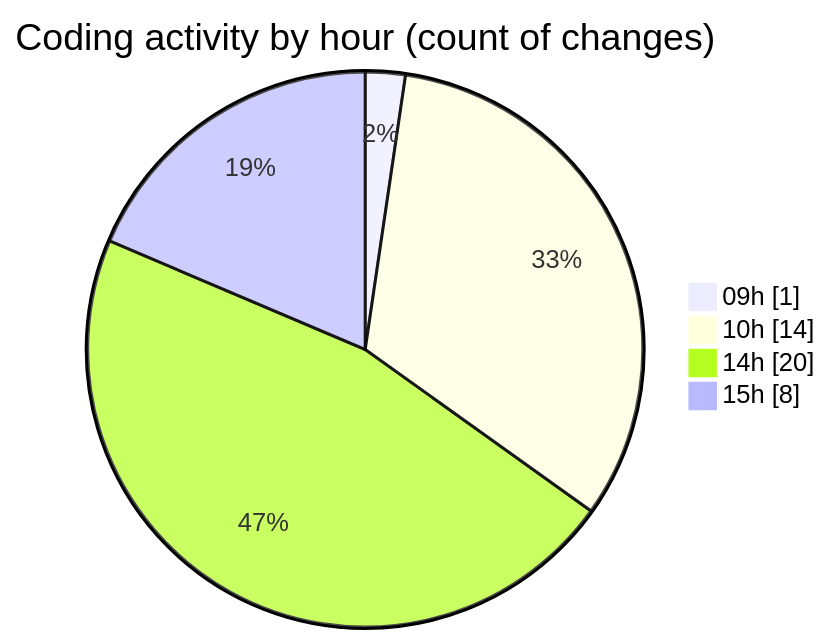
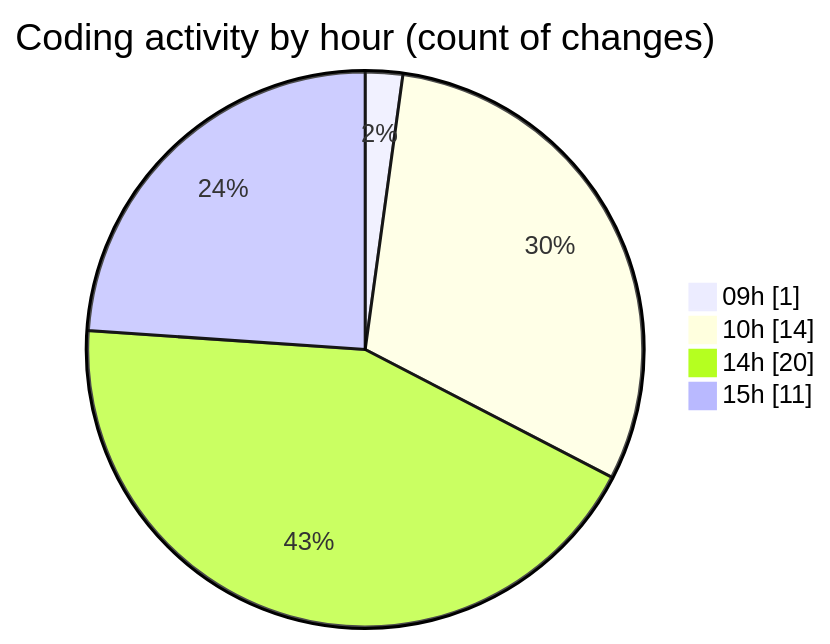
Before and after one commit to momahboobian/code-tracking: the second of 2 diagrams in 2025-11-13/cda/README.md, drawn with Mermaid. The commit also changed other lines of this file and 1 other file, not shown here.

````diff
--- a/2025-11-13/cda/README.md
+++ b/2025-11-13/cda/README.md
@@ -41,8 +42,8 @@
 ```mermaid
 pie showData
 title Coding activity by hour (count of changes)
 "09h" : 1
 "10h" : 14
 "14h" : 20
-"15h" : 8
+"15h" : 11
 ```
````
